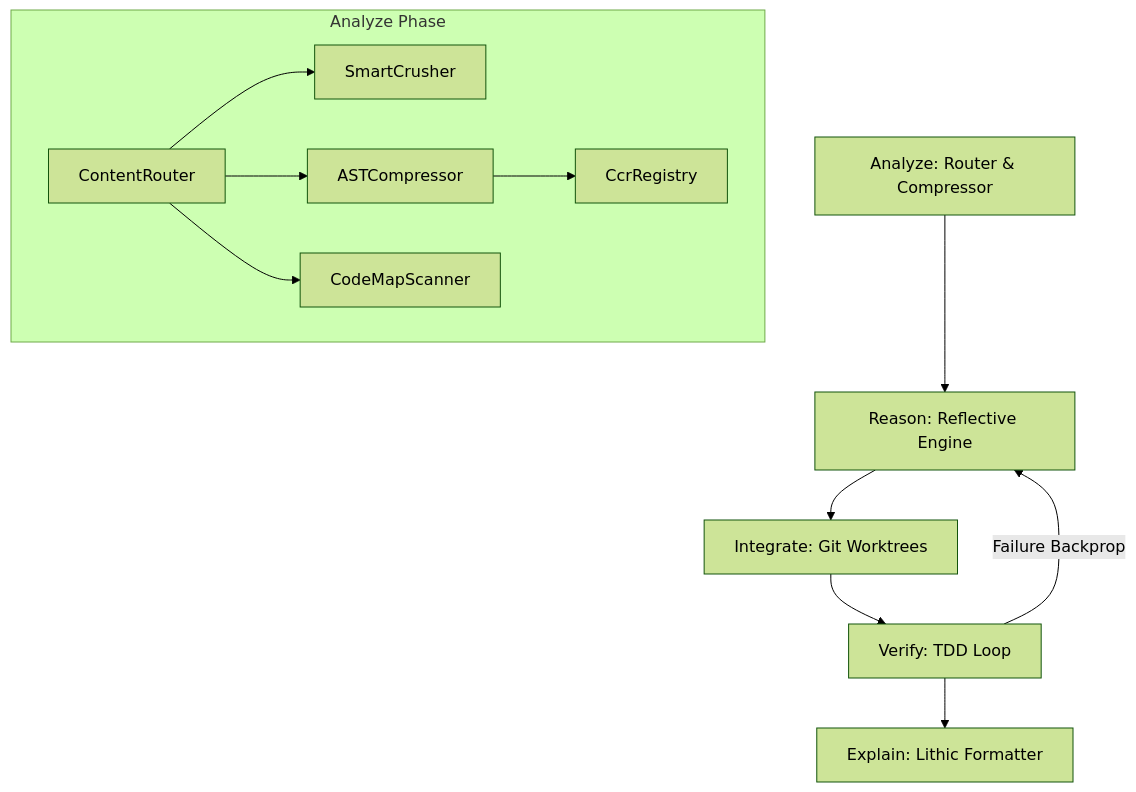
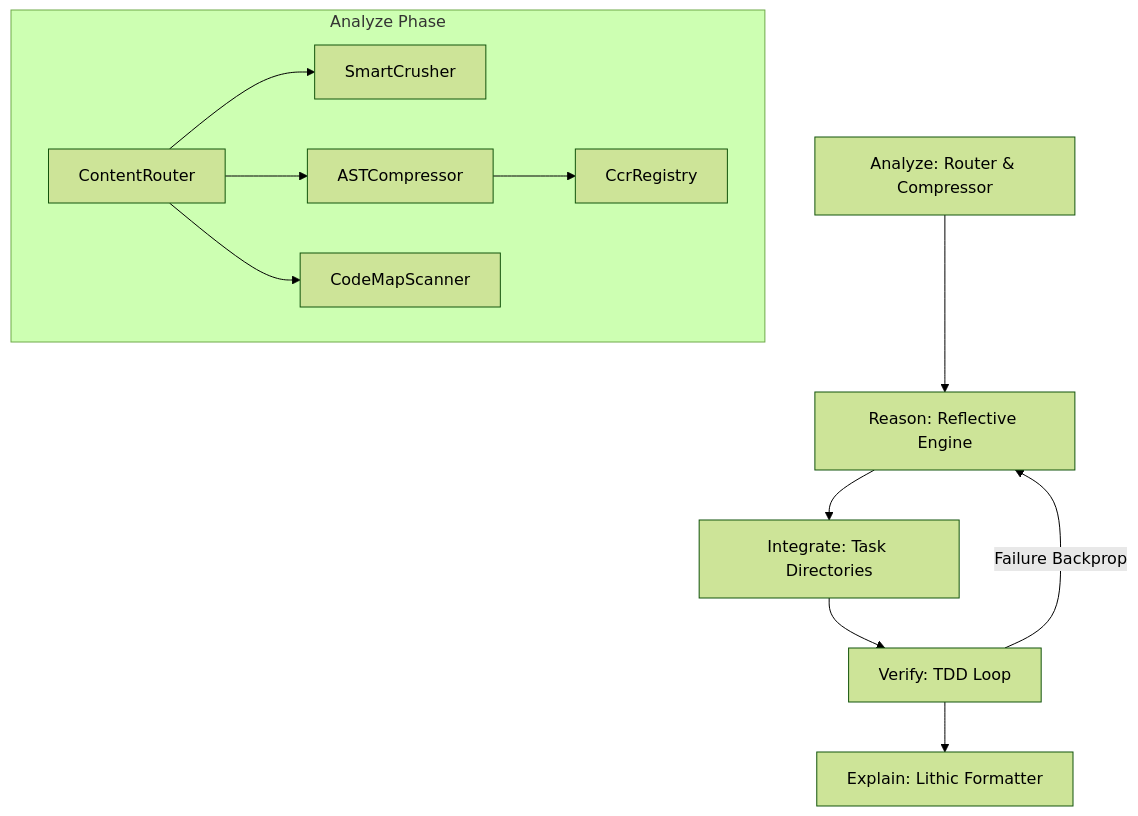
Before and after one commit to sixtysixx/ARIVE: the diagram in README.md, drawn with Mermaid (forest theme). The commit also changed other lines of this file and 35 other files, not shown here.

````diff
--- a/README.md
+++ b/README.md
@@ -16,15 +16,15 @@
 ```mermaid
 graph TD
     A[Analyze: Router & Compressor] --> R[Reason: Reflective Engine]
-    R --> I[Integrate: Git Worktrees]
+    R --> I[Integrate: Task Directories]
     I --> V[Verify: TDD Loop]
     V -- Failure Backprop --> R
     V --> E[Explain: Lithic Formatter]
     
     subgraph Analyze Phase
         ContentRouter --> SmartCrusher
         ContentRouter --> ASTCompressor
         ContentRouter --> CodeMapScanner
         ASTCompressor --> CcrRegistry
     end
 ```
````
